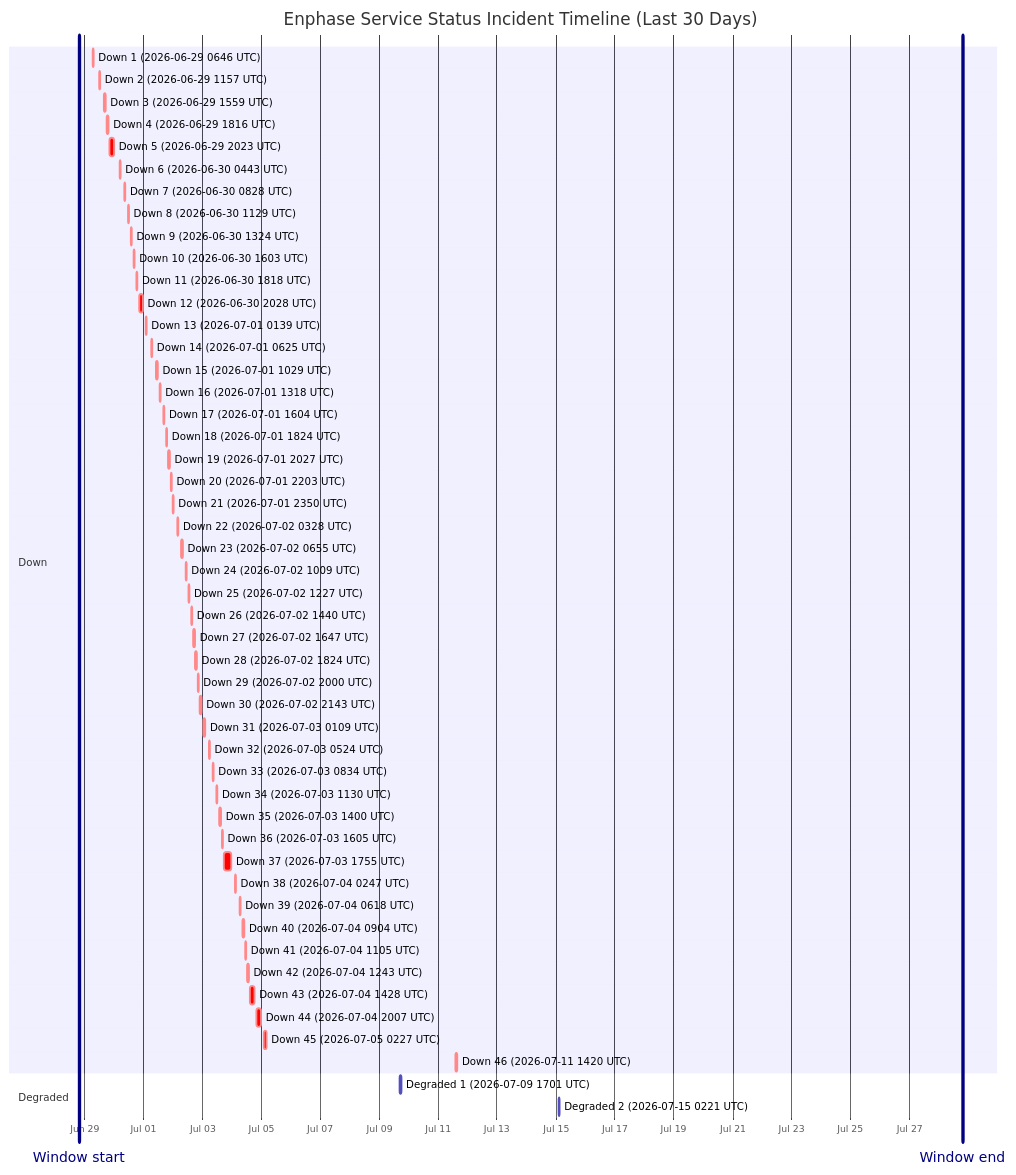
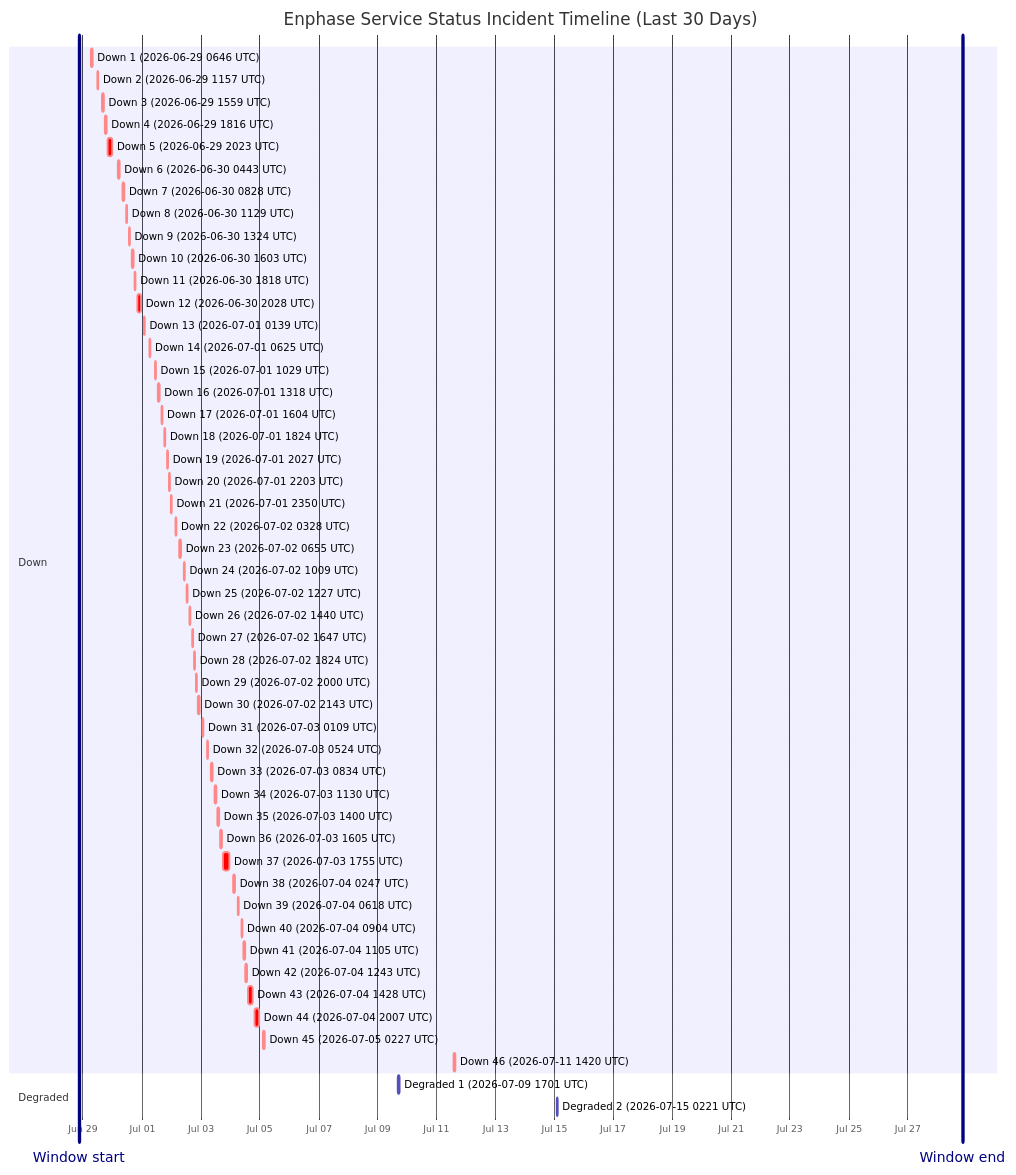
The diagram in wiki/Service-Status-History.md (barneyonline/ha-enphase-energy), drawn with Mermaid before and after one commit. The commit also changed other lines of this file and 3 other files, not shown here.

````diff
--- a/wiki/Service-Status-History.md
+++ b/wiki/Service-Status-History.md
@@ -14,58 +14,58 @@
 ```mermaid
 gantt
     title Enphase Service Status Incident Timeline (Last 30 Days)
     dateFormat  YYYY-MM-DDTHH:mm:ss
     axisFormat  %b %d
-    Window start :vert, window-start, 2026-06-28T19:20:31, 0ms
-    Window end :vert, window-end, 2026-07-28T19:20:31, 0ms
+    Window start :vert, window-start, 2026-06-28T20:42:33, 0ms
+    Window end :vert, window-end, 2026-07-28T20:42:33, 0ms
     section Down
     Down 1 (2026-06-29 0646 UTC) :crit, down-1, 2026-06-29T06:46:18, 60m
     Down 2 (2026-06-29 1157 UTC) :crit, down-2, 2026-06-29T11:57:36, 60m
     Down 3 (2026-06-29 1559 UTC) :crit, down-3, 2026-06-29T15:59:02, 60m
     Down 4 (2026-06-29 1816 UTC) :crit, down-4, 2026-06-29T18:16:38, 60m
     Down 5 (2026-06-29 2023 UTC) :crit, down-5, 2026-06-29T20:23:16, 220m
     Down 6 (2026-06-30 0443 UTC) :crit, down-6, 2026-06-30T04:43:54, 60m
     Down 7 (2026-06-30 0828 UTC) :crit, down-7, 2026-06-30T08:28:43, 60m
     Down 8 (2026-06-30 1129 UTC) :crit, down-8, 2026-06-30T11:29:15, 60m
     Down 9 (2026-06-30 1324 UTC) :crit, down-9, 2026-06-30T13:24:25, 60m
     Down 10 (2026-06-30 1603 UTC) :crit, down-10, 2026-06-30T16:03:26, 60m
     Down 11 (2026-06-30 1818 UTC) :crit, down-11, 2026-06-30T18:18:39, 60m
     Down 12 (2026-06-30 2028 UTC) :crit, down-12, 2026-06-30T20:28:54, 171m
     Down 13 (2026-07-01 0139 UTC) :crit, down-13, 2026-07-01T01:39:18, 60m
     Down 14 (2026-07-01 0625 UTC) :crit, down-14, 2026-07-01T06:25:35, 60m
     Down 15 (2026-07-01 1029 UTC) :crit, down-15, 2026-07-01T10:29:24, 60m
     Down 16 (2026-07-01 1318 UTC) :crit, down-16, 2026-07-01T13:18:31, 60m
     Down 17 (2026-07-01 1604 UTC) :crit, down-17, 2026-07-01T16:04:29, 60m
     Down 18 (2026-07-01 1824 UTC) :crit, down-18, 2026-07-01T18:24:21, 60m
     Down 19 (2026-07-01 2027 UTC) :crit, down-19, 2026-07-01T20:27:17, 60m
     Down 20 (2026-07-01 2203 UTC) :crit, down-20, 2026-07-01T22:03:46, 60m
     Down 21 (2026-07-01 2350 UTC) :crit, down-21, 2026-07-01T23:50:52, 60m
     Down 22 (2026-07-02 0328 UTC) :crit, down-22, 2026-07-02T03:28:33, 60m
     Down 23 (2026-07-02 0655 UTC) :crit, down-23, 2026-07-02T06:55:07, 60m
     Down 24 (2026-07-02 1009 UTC) :crit, down-24, 2026-07-02T10:09:15, 60m
     Down 25 (2026-07-02 1227 UTC) :crit, down-25, 2026-07-02T12:27:49, 60m
     Down 26 (2026-07-02 1440 UTC) :crit, down-26, 2026-07-02T14:40:53, 60m
     Down 27 (2026-07-02 1647 UTC) :crit, down-27, 2026-07-02T16:47:47, 60m
     Down 28 (2026-07-02 1824 UTC) :crit, down-28, 2026-07-02T18:24:26, 60m
     Down 29 (2026-07-02 2000 UTC) :crit, down-29, 2026-07-02T20:00:57, 60m
     Down 30 (2026-07-02 2143 UTC) :crit, down-30, 2026-07-02T21:43:52, 80m
     Down 31 (2026-07-03 0109 UTC) :crit, down-31, 2026-07-03T01:09:19, 60m
     Down 32 (2026-07-03 0524 UTC) :crit, down-32, 2026-07-03T05:24:23, 60m
     Down 33 (2026-07-03 0834 UTC) :crit, down-33, 2026-07-03T08:34:05, 60m
     Down 34 (2026-07-03 1130 UTC) :crit, down-34, 2026-07-03T11:30:41, 60m
     Down 35 (2026-07-03 1400 UTC) :crit, down-35, 2026-07-03T14:00:48, 60m
     Down 36 (2026-07-03 1605 UTC) :crit, down-36, 2026-07-03T16:05:49, 60m
     Down 37 (2026-07-03 1755 UTC) :crit, down-37, 2026-07-03T17:55:54, 338m
     Down 38 (2026-07-04 0247 UTC) :crit, down-38, 2026-07-04T02:47:22, 60m
     Down 39 (2026-07-04 0618 UTC) :crit, down-39, 2026-07-04T06:18:09, 60m
     Down 40 (2026-07-04 0904 UTC) :crit, down-40, 2026-07-04T09:04:41, 60m
     Down 41 (2026-07-04 1105 UTC) :crit, down-41, 2026-07-04T11:05:21, 60m
     Down 42 (2026-07-04 1243 UTC) :crit, down-42, 2026-07-04T12:43:25, 60m
     Down 43 (2026-07-04 1428 UTC) :crit, down-43, 2026-07-04T14:28:07, 243m
     Down 44 (2026-07-04 2007 UTC) :crit, down-44, 2026-07-04T20:07:50, 206m
     Down 45 (2026-07-05 0227 UTC) :crit, down-45, 2026-07-05T02:27:32, 109m
     Down 46 (2026-07-11 1420 UTC) :crit, down-46, 2026-07-11T14:20:54, 69m
     section Degraded
     Degraded 1 (2026-07-09 1701 UTC) :active, degraded-1, 2026-07-09T17:01:02, 60m
     Degraded 2 (2026-07-15 0221 UTC) :active, degraded-2, 2026-07-15T02:21:35, 60m
 ```
````
